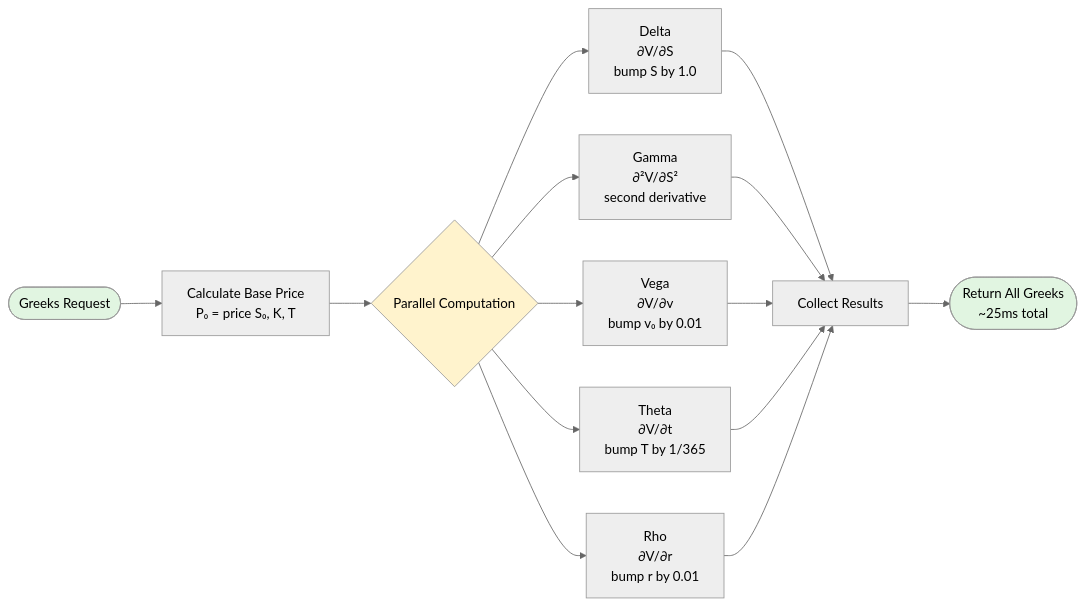
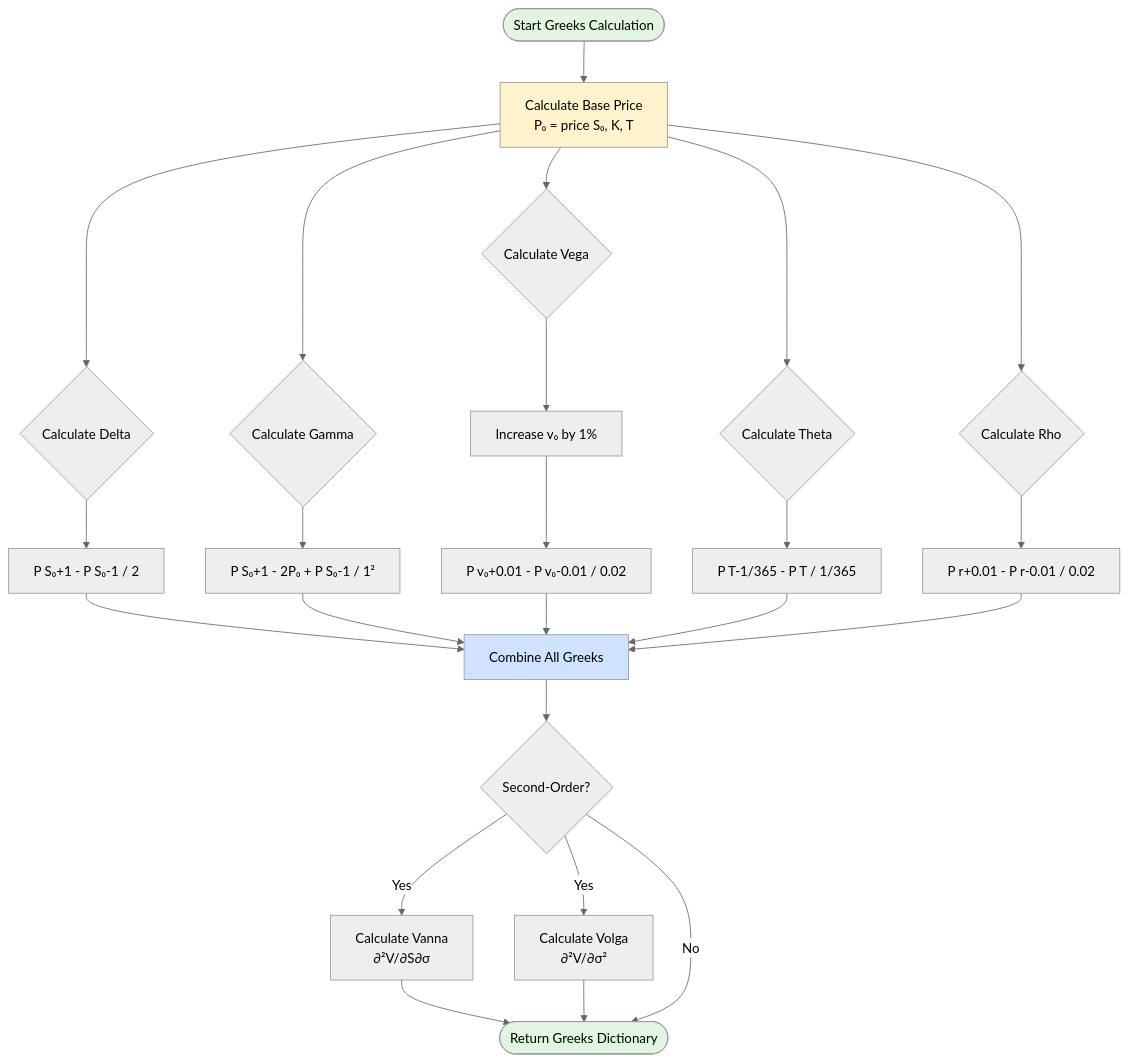
Before and after one commit to ShadAh-17/heston-option-pricing-engine: the fifth of 7 diagrams in README.md, drawn with Mermaid (neutral theme). The commit also changed other lines of this file, not shown here.

````diff
--- a/README.md
+++ b/README.md
@@ -272,24 +354,45 @@
 ```mermaid
-flowchart LR
-    Start([Greeks Request]) --> Base[Calculate Base Price<br/>P₀ = price S₀, K, T]
+flowchart TB
+    Start([Start Greeks Calculation])
     
-    Base --> Par{Parallel Computation}
+    Start --> BasePrice[Calculate Base Price<br/>P₀ = price S₀, K, T]
     
-    Par --> Delta[Delta<br/>∂V/∂S<br/>bump S by 1.0]
-    Par --> Gamma[Gamma<br/>∂²V/∂S²<br/>second derivative]
-    Par --> Vega[Vega<br/>∂V/∂v<br/>bump v₀ by 0.01]
-    Par --> Theta[Theta<br/>∂V/∂t<br/>bump T by 1/365]
-    Par --> Rho[Rho<br/>∂V/∂r<br/>bump r by 0.01]
+    BasePrice --> Delta{Calculate Delta}
+    Delta --> DeltaCalc[P S₀+1 - P S₀-1 / 2]
     
-    Delta --> Collect[Collect Results]
-    Gamma --> Collect
-    Vega --> Collect
-    Theta --> Collect
-    Rho --> Collect
+    BasePrice --> Gamma{Calculate Gamma}
+    Gamma --> GammaCalc[P S₀+1 - 2P₀ + P S₀-1 / 1²]
     
-    Collect --> Return([Return All Greeks<br/>~25ms total])
+    BasePrice --> Vega{Calculate Vega}
+    Vega --> VegaStep1[Increase v₀ by 1%]
+    VegaStep1 --> VegaStep2[P v₀+0.01 - P v₀-0.01 / 0.02]
+    
+    BasePrice --> Theta{Calculate Theta}
+    Theta --> ThetaCalc[P T-1/365 - P T / 1/365]
+    
+    BasePrice --> Rho{Calculate Rho}
+    Rho --> RhoCalc[P r+0.01 - P r-0.01 / 0.02]
+    
+    DeltaCalc --> Combine
+    GammaCalc --> Combine
+    VegaStep2 --> Combine
+    ThetaCalc --> Combine
+    RhoCalc --> Combine
+    
+    Combine[Combine All Greeks]
+    
+    Combine --> SecondOrder{Second-Order?}
+    SecondOrder -->|Yes| Vanna[Calculate Vanna<br/>∂²V/∂S∂σ]
+    SecondOrder -->|Yes| Volga[Calculate Volga<br/>∂²V/∂σ²]
+    
+    Vanna --> Return
+    Volga --> Return
+    SecondOrder -->|No| Return
+    
+    Return([Return Greeks Dictionary])
     
     style Start fill:#e1f5e1
     style Return fill:#e1f5e1
-    style Par fill:#fff3cd
+    style BasePrice fill:#fff3cd
+    style Combine fill:#cfe2ff
 ```
````
